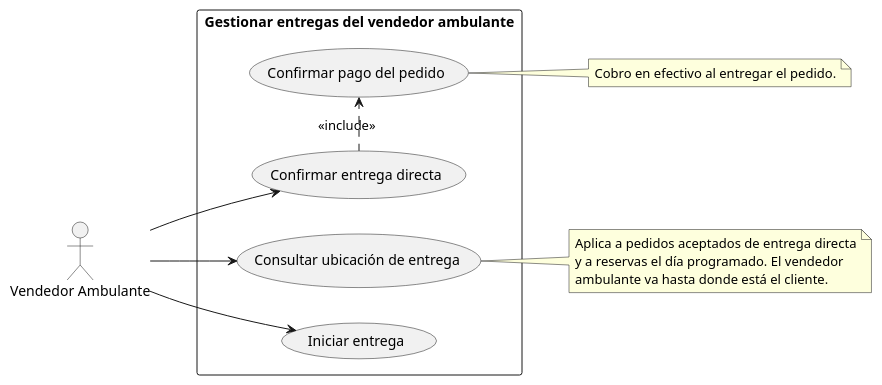
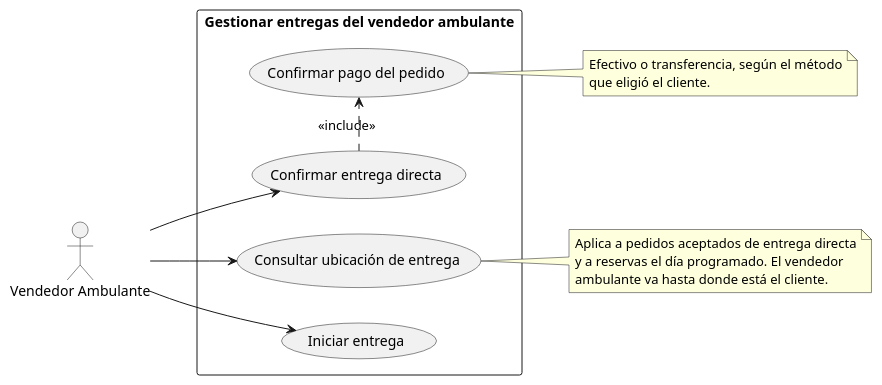
The diagram in casos de uso/gestionar_entrega_ambulante.puml (RAAR-18/napa), drawn with PlantUML before and after one commit. The commit also changed 123 other files, not shown here.

```diff
--- a/casos de uso/gestionar_entrega_ambulante.puml
+++ b/casos de uso/gestionar_entrega_ambulante.puml
@@ -1,30 +1,31 @@
 @startuml
 
 left to right direction
 
 actor "Vendedor Ambulante" as va
 
 rectangle "Gestionar entregas del vendedor ambulante" {
     usecase "Consultar ubicación de entrega" as UC1
     usecase "Iniciar entrega" as UC2
     usecase "Confirmar entrega directa" as UC3
     usecase "Confirmar pago del pedido" as UC4
 }
 
 va --> UC1
 va --> UC2
 va --> UC3
 
 UC3 .> UC4 : <<include>>
 
 note right of UC1
   Aplica a pedidos aceptados de entrega directa
   y a reservas el día programado. El vendedor
   ambulante va hasta donde está el cliente.
 end note
 
 note right of UC4
-  Cobro en efectivo al entregar el pedido.
+  Efectivo o transferencia, según el método
+  que eligió el cliente.
 end note
 
 @enduml
```
